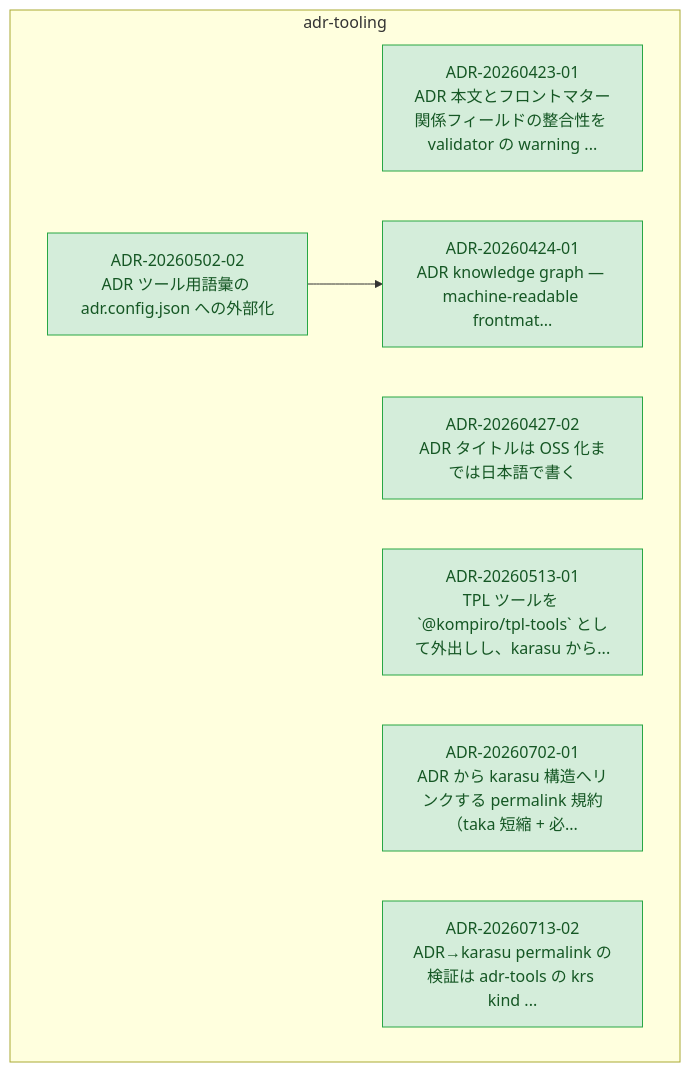
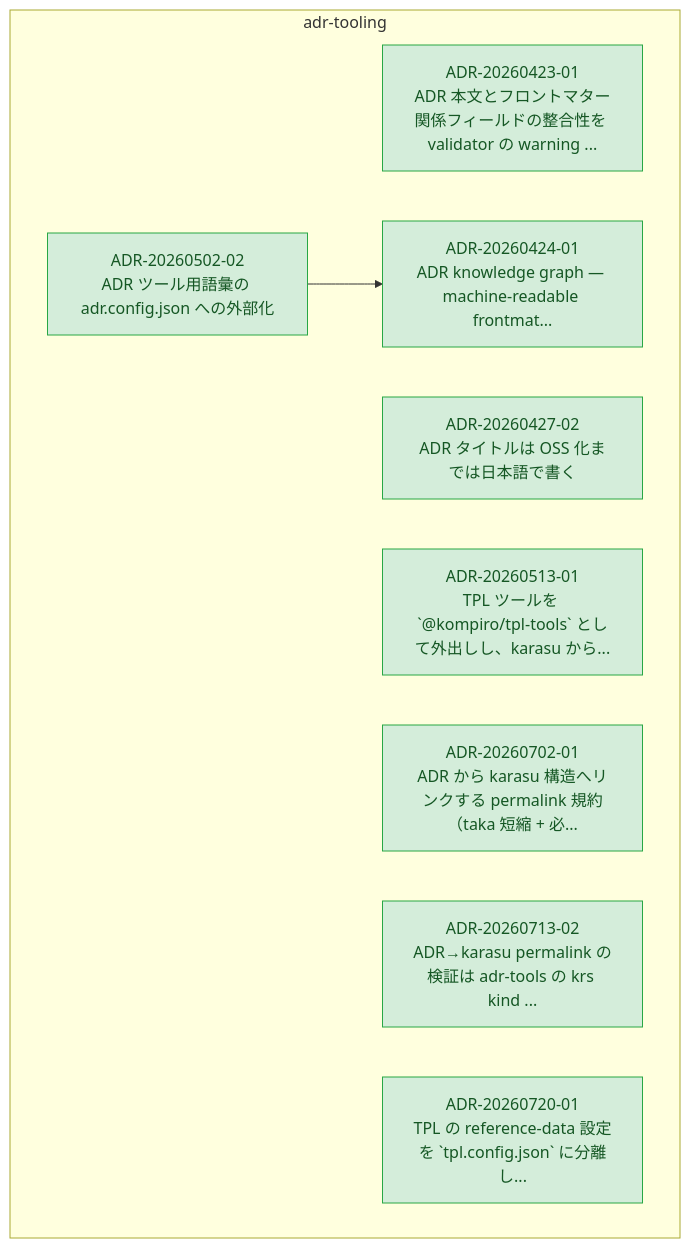
The diagram in docs/adr/graph/adr-tooling.md (kompiro/karasu), drawn with Mermaid before and after one commit. The commit also changed other lines of this file and 13 other files, not shown here.

First line of the commit message:
refactor(adr-tooling): split TPL config from adr.config.json so ADR ids can migrate

````diff
--- a/docs/adr/graph/adr-tooling.md
+++ b/docs/adr/graph/adr-tooling.md
@@ -6,27 +6,29 @@
 ```mermaid
 flowchart TD
   subgraph adr-tooling["adr-tooling"]
     ADR_20260423_01["ADR-20260423-01<br/>ADR 本文とフロントマター関係フィールドの整合性を validator の warning ..."]
     ADR_20260424_01["ADR-20260424-01<br/>ADR knowledge graph — machine-readable frontmat..."]
     ADR_20260427_02["ADR-20260427-02<br/>ADR タイトルは OSS 化までは日本語で書く"]
     ADR_20260502_02["ADR-20260502-02<br/>ADR ツール用語彙の adr.config.json への外部化"]
     ADR_20260513_01["ADR-20260513-01<br/>TPL ツールを `@kompiro/tpl-tools` として外出しし、karasu から..."]
     ADR_20260702_01["ADR-20260702-01<br/>ADR から karasu 構造へリンクする permalink 規約（taka 短縮 + 必..."]
     ADR_20260713_02["ADR-20260713-02<br/>ADR→karasu permalink の検証は adr-tools の krs kind ..."]
+    ADR_20260720_01["ADR-20260720-01<br/>TPL の reference-data 設定を `tpl.config.json` に分離し..."]
   end
   ADR_20260502_02 --> ADR_20260424_01
 
   classDef accepted fill:#d4edda,stroke:#28a745,color:#155724
   classDef proposed fill:#fff3cd,stroke:#ffc107,color:#856404
   classDef deprecated fill:#f8d7da,stroke:#dc3545,color:#721c24
   classDef superseded fill:#e2e3e5,stroke:#6c757d,color:#383d41
   classDef not_adopted fill:#e2e3e5,stroke:#6c757d,color:#383d41,stroke-dasharray:3 3
   classDef ghost fill:#f5f5f5,stroke:#adb5bd,color:#6c757d,stroke-dasharray:2 2
   class ADR_20260423_01 accepted
   class ADR_20260424_01 accepted
   class ADR_20260427_02 accepted
   class ADR_20260502_02 accepted
   class ADR_20260513_01 accepted
   class ADR_20260702_01 accepted
   class ADR_20260713_02 accepted
+  class ADR_20260720_01 accepted
 ```
````
